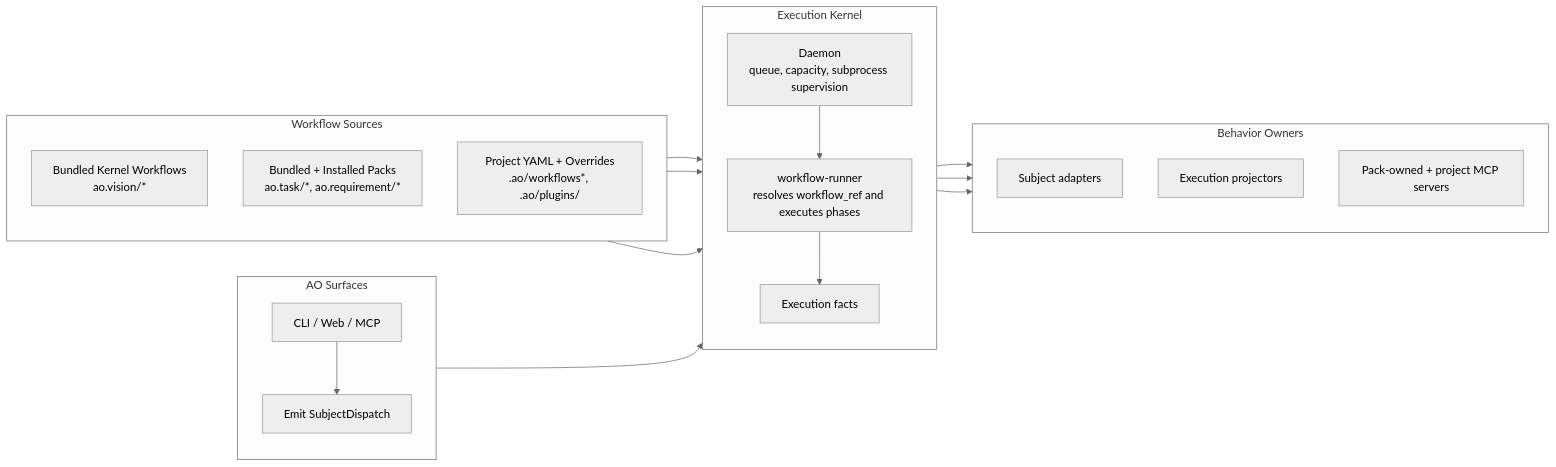
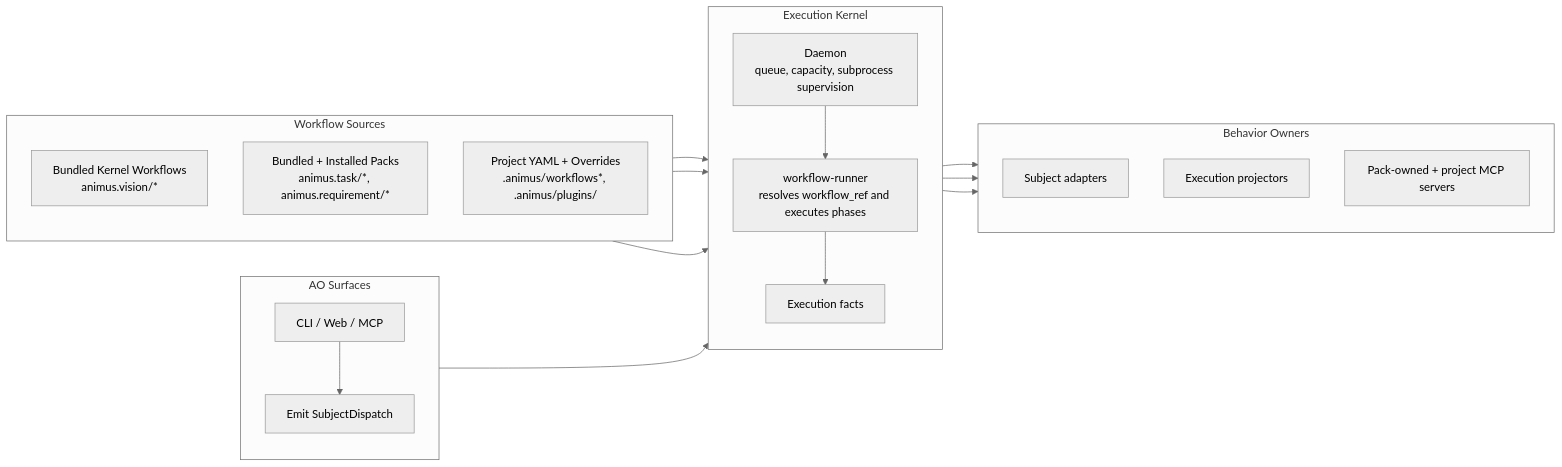
One commit to launchapp-dev/ao-cli changed the diagram in docs/concepts/how-ao-works.md. Above: the diagram before and after it, drawn with Mermaid (neutral theme). The commit also changed other lines of this file and 414 other files, not shown here.

First line of the commit message:
v0.4.0: full rename to animus + plugin protocol crates + skill rearchitect

````diff
--- a/docs/concepts/how-ao-works.md
+++ b/docs/concepts/how-ao-works.md
@@ -8,40 +8,40 @@
 ```mermaid
 flowchart LR
     subgraph CLI["AO Surfaces"]
         direction TB
         cli["CLI / Web / MCP"]
         dispatch["Emit SubjectDispatch"]
     end
 
     subgraph SOURCES["Workflow Sources"]
         direction TB
-        kernel["Bundled Kernel Workflows<br/>ao.vision/*"]
-        packs["Bundled + Installed Packs<br/>ao.task/*, ao.requirement/*"]
-        project["Project YAML + Overrides<br/>.ao/workflows*, .ao/plugins/"]
+        kernel["Bundled Kernel Workflows<br/>animus.vision/*"]
+        packs["Bundled + Installed Packs<br/>animus.task/*, animus.requirement/*"]
+        project["Project YAML + Overrides<br/>.animus/workflows*, .animus/plugins/"]
     end
 
     subgraph ENGINE["Execution Kernel"]
         direction TB
         daemon["Daemon<br/>queue, capacity, subprocess supervision"]
         runner["workflow-runner<br/>resolves workflow_ref and executes phases"]
         facts["Execution facts"]
     end
 
     subgraph BEHAVIOR["Behavior Owners"]
         direction TB
         adapters["Subject adapters"]
         projectors["Execution projectors"]
         mcp["Pack-owned + project MCP servers"]
     end
 
     cli --> dispatch
     dispatch --> daemon
     daemon --> runner
     kernel --> runner
     packs --> runner
     project --> runner
     runner --> facts
     facts --> projectors
     runner --> mcp
     runner --> adapters
 ```
````
